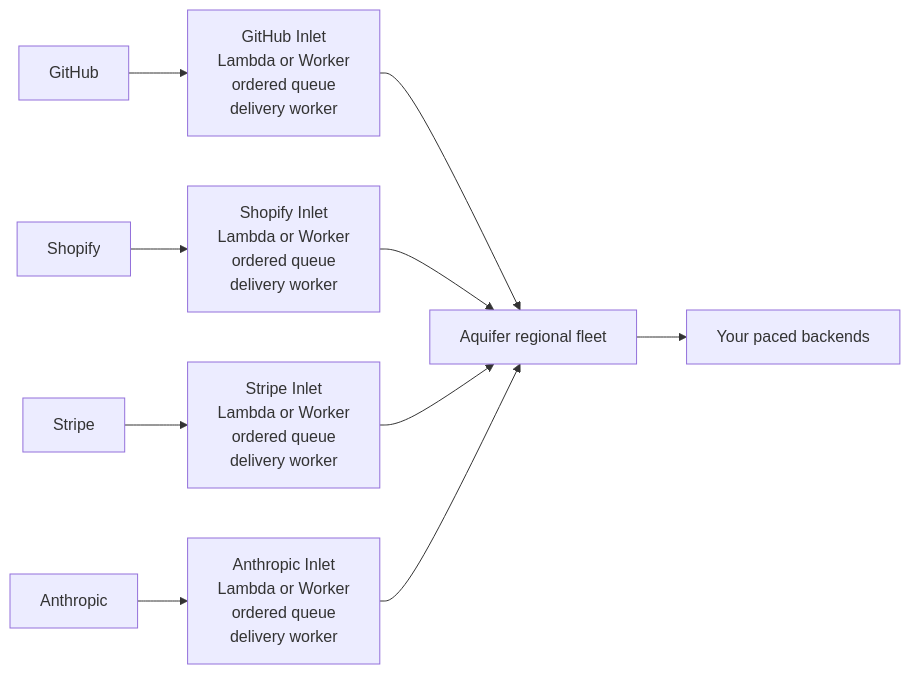
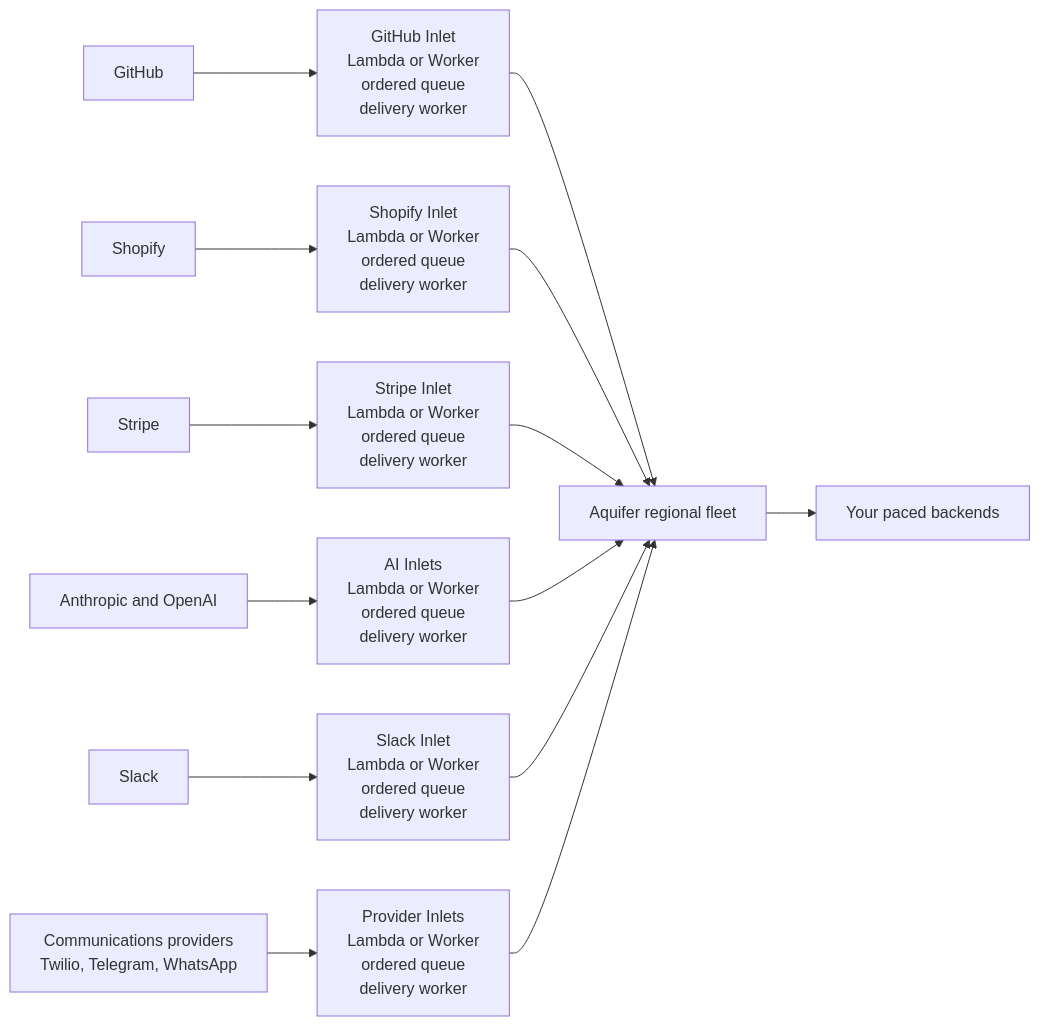
One commit to rjpruitt16/inlet changed the diagram in README.md. Above: the diagram before and after it, drawn with Mermaid. The commit also changed other lines of this file and 21 other files, not shown here.

````diff
--- a/README.md
+++ b/README.md
@@ -11,13 +27,17 @@
 ```mermaid
 flowchart LR
     GH[GitHub] --> GHI[GitHub Inlet<br/>Lambda or Worker<br/>ordered queue<br/>delivery worker]
     SH[Shopify] --> SHI[Shopify Inlet<br/>Lambda or Worker<br/>ordered queue<br/>delivery worker]
     ST[Stripe] --> STI[Stripe Inlet<br/>Lambda or Worker<br/>ordered queue<br/>delivery worker]
-    AN[Anthropic] --> ANI[Anthropic Inlet<br/>Lambda or Worker<br/>ordered queue<br/>delivery worker]
+    AI[Anthropic and OpenAI] --> AII[AI Inlets<br/>Lambda or Worker<br/>ordered queue<br/>delivery worker]
+    SL[Slack] --> SLI[Slack Inlet<br/>Lambda or Worker<br/>ordered queue<br/>delivery worker]
+    CO[Communications providers<br/>Twilio, Telegram, WhatsApp] --> COI[Provider Inlets<br/>Lambda or Worker<br/>ordered queue<br/>delivery worker]
 
     GHI --> AQ[Aquifer regional fleet]
     SHI --> AQ
     STI --> AQ
-    ANI --> AQ
+    AII --> AQ
+    SLI --> AQ
+    COI --> AQ
     AQ --> BE[Your paced backends]
 ```
````
